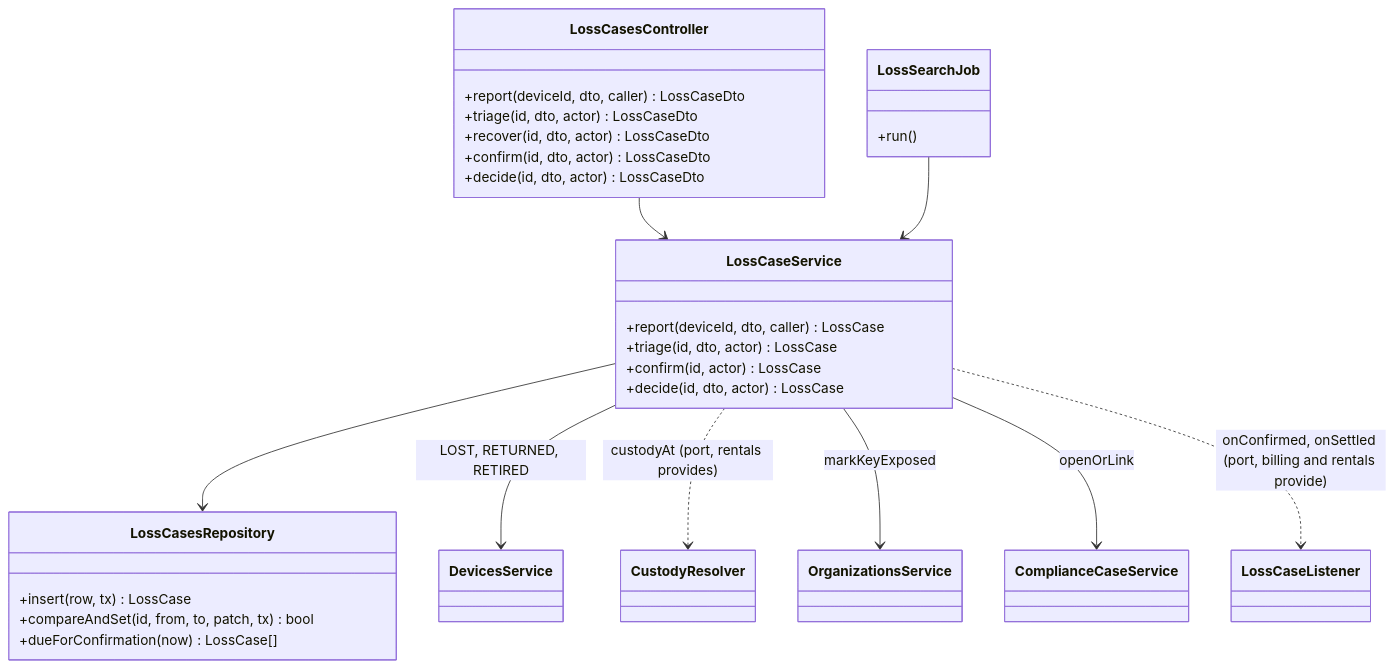
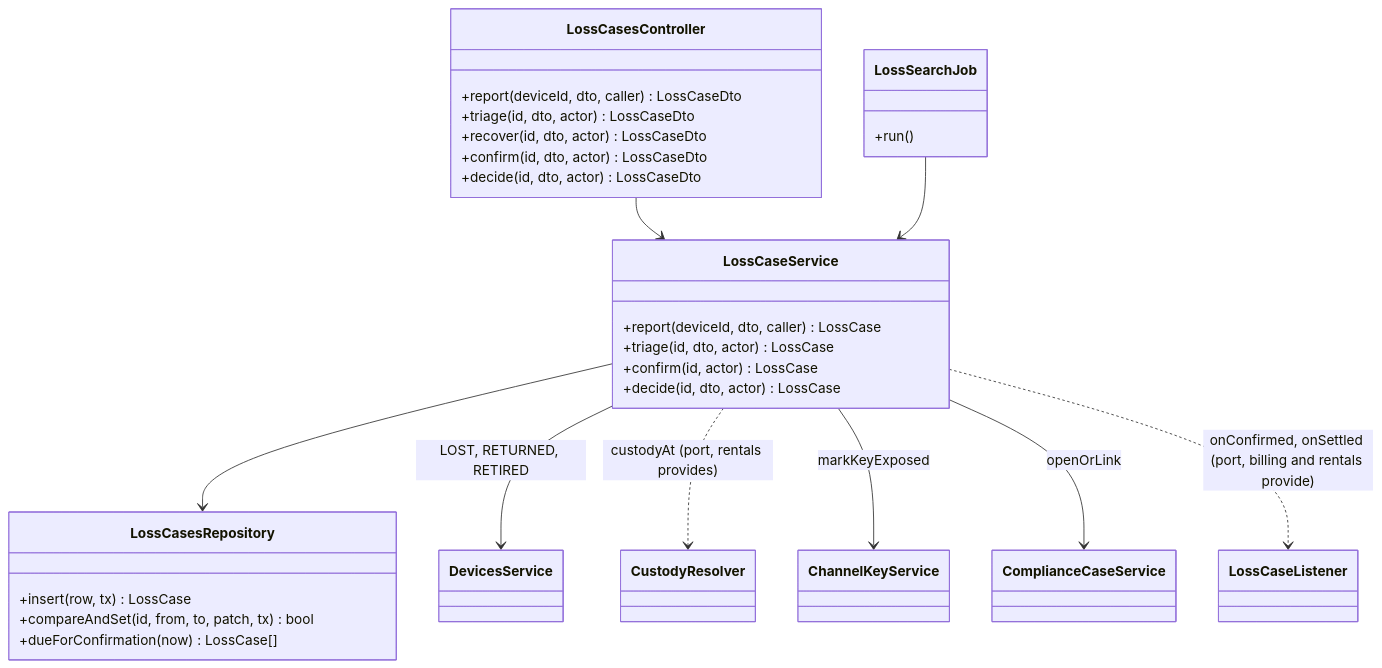
Before and after one commit to TrekLink-Team/treklink-web: the ninth of 18 diagrams in specs/devices/design.md, drawn with Mermaid. The commit also changed other lines of this file and 9 other files, not shown here.

First line of the commit message:
fix(TK-120): review of markKeyExposed, devices specs name the real call

````diff
--- a/specs/devices/design.md
+++ b/specs/devices/design.md
@@ -358,37 +358,37 @@
 ```mermaid
 classDiagram
     class LossCasesController {
         +report(deviceId, dto, caller) LossCaseDto
         +triage(id, dto, actor) LossCaseDto
         +recover(id, dto, actor) LossCaseDto
         +confirm(id, dto, actor) LossCaseDto
         +decide(id, dto, actor) LossCaseDto
     }
     class LossCaseService {
         +report(deviceId, dto, caller) LossCase
         +triage(id, dto, actor) LossCase
         +confirm(id, actor) LossCase
         +decide(id, dto, actor) LossCase
     }
     class LossSearchJob {
         +run()
     }
     class LossCasesRepository {
         +insert(row, tx) LossCase
         +compareAndSet(id, from, to, patch, tx) bool
         +dueForConfirmation(now) LossCase[]
     }
     class DevicesService
     class CustodyResolver
     class LossCaseListener
-    class OrganizationsService
+    class ChannelKeyService
     class ComplianceCaseService
     LossCasesController --> LossCaseService
     LossSearchJob --> LossCaseService
     LossCaseService --> LossCasesRepository
     LossCaseService --> DevicesService : LOST, RETURNED, RETIRED
     LossCaseService ..> CustodyResolver : custodyAt (port, rentals provides)
-    LossCaseService --> OrganizationsService : markKeyExposed
+    LossCaseService --> ChannelKeyService : markKeyExposed
     LossCaseService --> ComplianceCaseService : openOrLink
     LossCaseService ..> LossCaseListener : onConfirmed, onSettled (port, billing and rentals provide)
 ```
````
